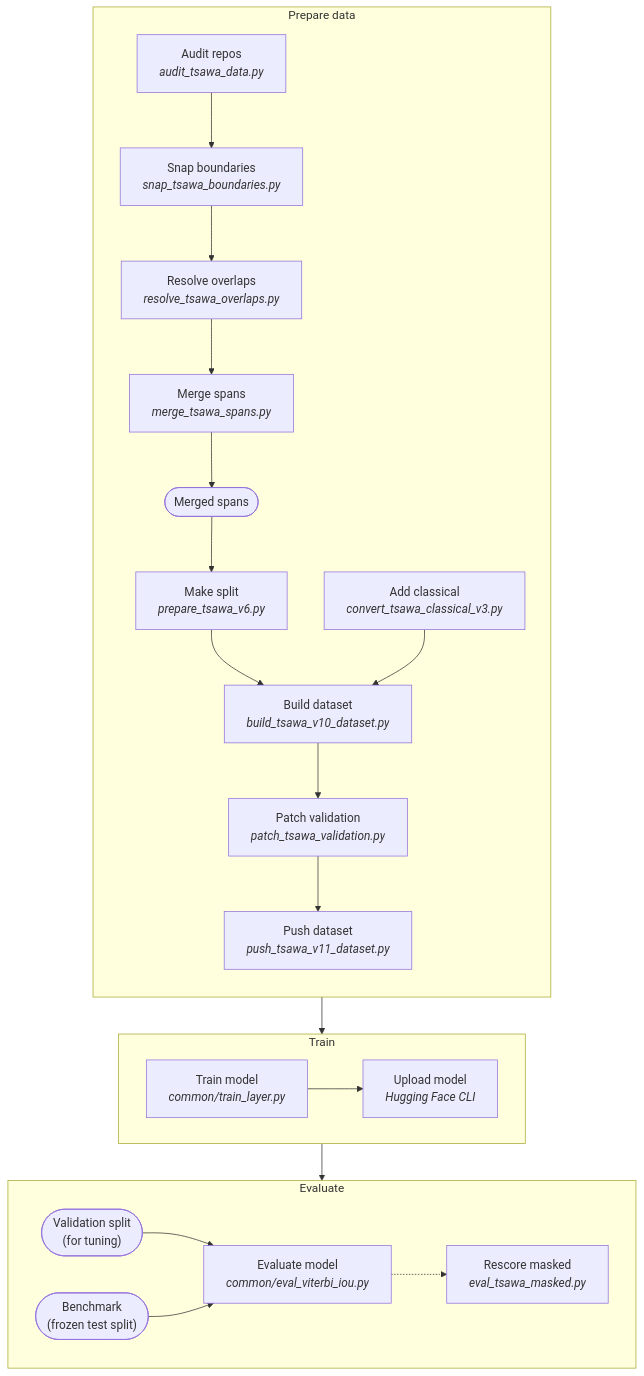
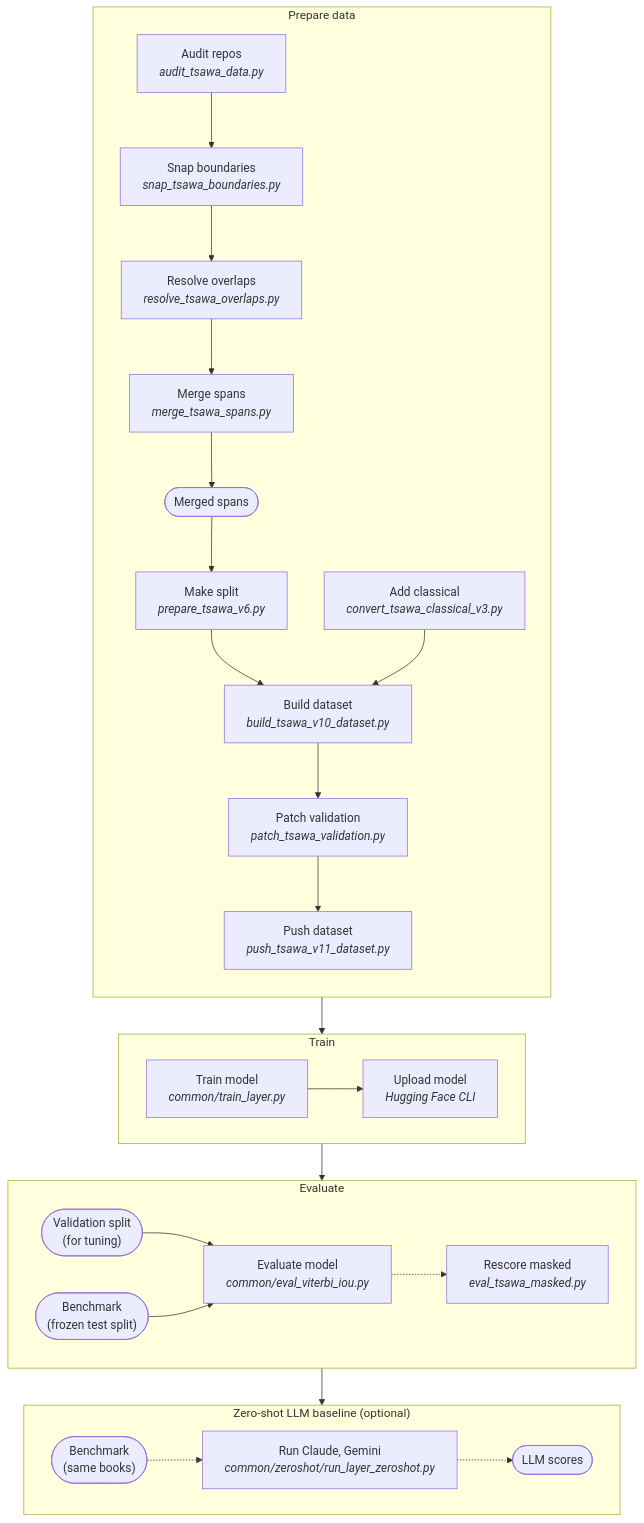
Before and after one commit to tenzinyonten/tibetan-layer-detection: the diagram in tsawa/docs/pipeline.mmd, drawn with Mermaid. The commit also changed 5 other files, not shown here.

Commit message:
Tsawa chart: optional zero-shot LLM box; Yigchung chart: show the Gemini genre runs

```diff
--- a/tsawa/docs/pipeline.mmd
+++ b/tsawa/docs/pipeline.mmd
@@ -1,26 +1,32 @@
 %%{init: {"flowchart": {"htmlLabels": false}}}%%
 flowchart TD
   subgraph PREP["Prepare data"]
     direction TB
     S1["Audit repos<br/><i>audit_tsawa_data.py</i>"] --> S2["Snap boundaries<br/><i>snap_tsawa_boundaries.py</i>"]
     S2 --> S3["Resolve overlaps<br/><i>resolve_tsawa_overlaps.py</i>"]
     S3 --> S4["Merge spans<br/><i>merge_tsawa_spans.py</i>"]
     S4 --> F1(["Merged spans"])
     F1 --> S5["Make split<br/><i>prepare_tsawa_v6.py</i>"]
     S5 --> S6["Build dataset<br/><i>build_tsawa_v10_dataset.py</i>"]
     S7["Add classical<br/><i>convert_tsawa_classical_v3.py</i>"] --> S6
     S6 --> S8["Patch validation<br/><i>patch_tsawa_validation.py</i>"]
     S8 --> S9["Push dataset<br/><i>push_tsawa_v11_dataset.py</i>"]
   end
   subgraph TRAIN["Train"]
     direction LR
     T1["Train model<br/><i>common/train_layer.py</i>"] --> T2["Upload model<br/><i>Hugging Face CLI</i>"]
   end
   subgraph EVAL["Evaluate"]
     direction LR
     V(["Validation split<br/>(for tuning)"]) --> E1["Evaluate model<br/><i>common/eval_viterbi_iou.py</i>"]
     B(["Benchmark<br/>(frozen test split)"]) --> E1["Evaluate model<br/><i>common/eval_viterbi_iou.py</i>"]
     E1 -.-> E2["Rescore masked<br/><i>eval_tsawa_masked.py</i>"]
   end
+  subgraph BASE["Zero-shot LLM baseline (optional)"]
+    direction LR
+    B2(["Benchmark<br/>(same books)"]) -.-> Z1["Run Claude, Gemini<br/><i>common/zeroshot/run_layer_zeroshot.py</i>"]
+    Z1 -.-> Z2(["LLM scores"])
+  end
   PREP --> TRAIN
   TRAIN --> EVAL
+  EVAL --> BASE
```
